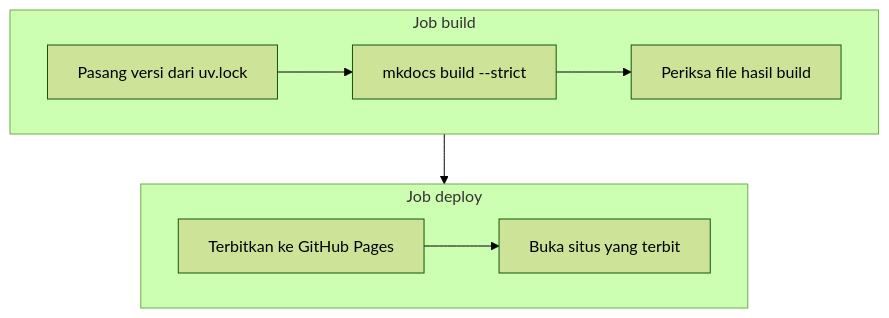
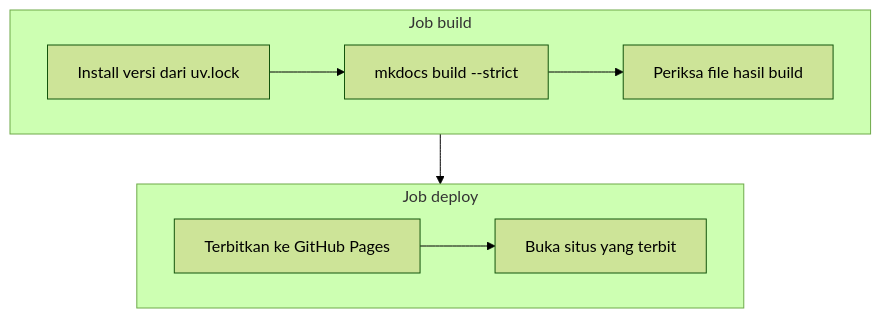
The diagram in docs/konsep/penerbitan-dokumentasi.md (kazuma313/zul_utilities), drawn with Mermaid (forest theme) before and after one commit. The commit also changed other lines of this file and 37 other files, not shown here.

````diff
--- a/docs/konsep/penerbitan-dokumentasi.md
+++ b/docs/konsep/penerbitan-dokumentasi.md
@@ -9,12 +9,12 @@
 ```mermaid
 flowchart TB
     subgraph build ["Job build"]
         direction LR
-        A[Pasang versi dari uv.lock] --> B[mkdocs build --strict] --> C[Periksa file hasil build]
+        A[Install versi dari uv.lock] --> B[mkdocs build --strict] --> C[Periksa file hasil build]
     end
     subgraph deploy ["Job deploy"]
         direction LR
         D[Terbitkan ke GitHub Pages] --> E[Buka situs yang terbit]
     end
     build --> deploy
 ```
````
